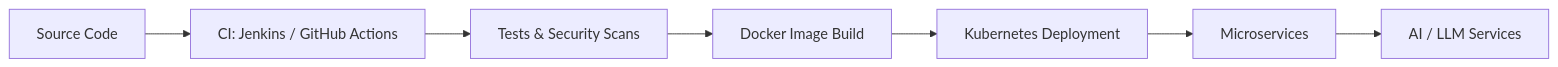
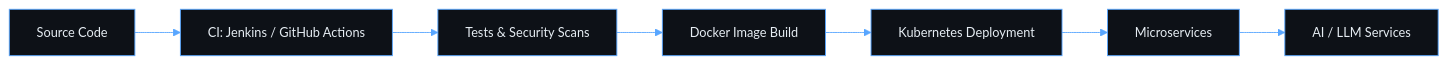
The diagram in README.md (Evil-Ghoster/Evil-Ghoster), drawn with Mermaid before and after one commit. The commit also changed other lines of this file, not shown here.

````diff
--- a/README.md
+++ b/README.md
@@ -82,9 +125,10 @@
 ```mermaid
+%%{init: {'theme':'base','themeVariables':{'fontFamily':'JetBrains Mono, Fira Code, monospace','fontSize':'14px','primaryColor':'#0D1117','primaryTextColor':'#E6EDF3','primaryBorderColor':'#58A6FF','lineColor':'#58A6FF'}}}%%
 flowchart LR
     A[Source Code] --> B[CI: Jenkins / GitHub Actions]
     B --> C[Tests & Security Scans]
     C --> D[Docker Image Build]
     D --> E[Kubernetes Deployment]
     E --> F[Microservices]
     F --> G[AI / LLM Services]
 ```
````
